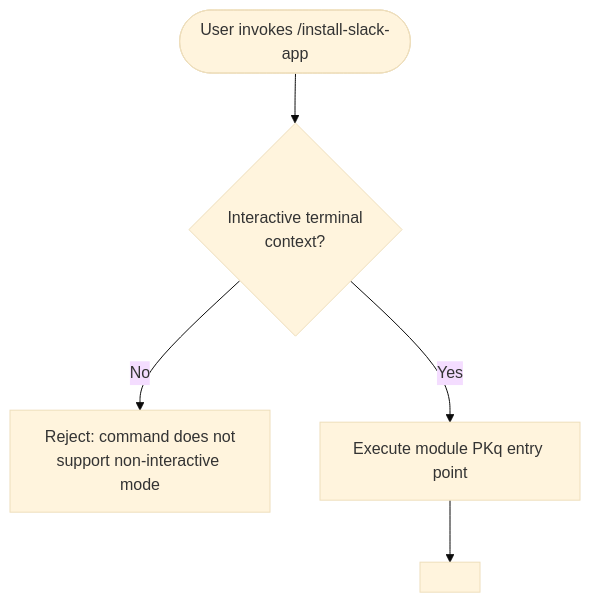
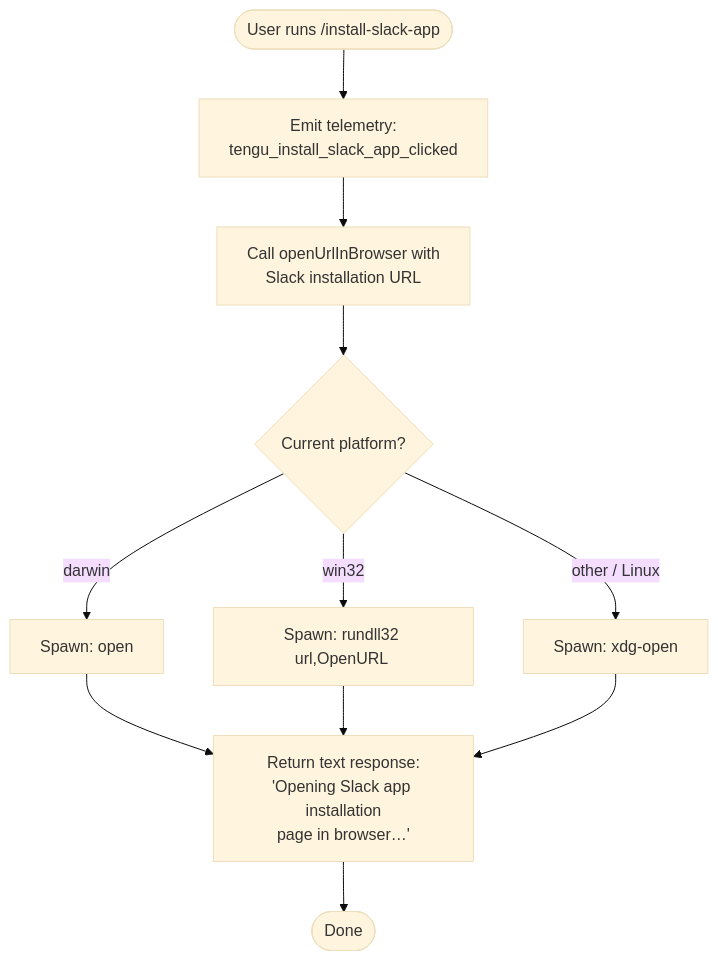
One commit to MyLittleLuckyDog/cc-gnothi changed the diagram in versions/v2.1.142/install-slack-app.md. Above: the diagram before and after it, drawn with Mermaid (base theme). The commit also changed other lines of this file and 483 other files, not shown here.

````diff
--- a/versions/v2.1.142/install-slack-app.md
+++ b/versions/v2.1.142/install-slack-app.md
@@ -47,7 +55,13 @@
 ```mermaid
 flowchart TD
-    A([User invokes /install-slack-app]) --> B{Interactive terminal\ncontext?}
-    B -- No --> C[Reject: command does not\nsupport non-interactive mode]
-    B -- Yes --> D[Execute module PKq entry point]
-    D --> E[<!-- TODO: not found in depth-2 traversal; needs --depth 4 -->]
+    A([User runs /install-slack-app]) --> B[Emit telemetry:\ntengu_install_slack_app_clicked]
+    B --> C[Call openUrlInBrowser with\nSlack installation URL]
+    C --> D{Current platform?}
+    D -->|darwin| E["Spawn: open <url>"]
+    D -->|win32| F["Spawn: rundll32 url,OpenURL <url>"]
+    D -->|other / Linux| G["Spawn: xdg-open <url>"]
+    E --> H[Return text response:\n'Opening Slack app installation\npage in browser…']
+    F --> H
+    G --> H
+    H --> I([Done])
 ```
````
